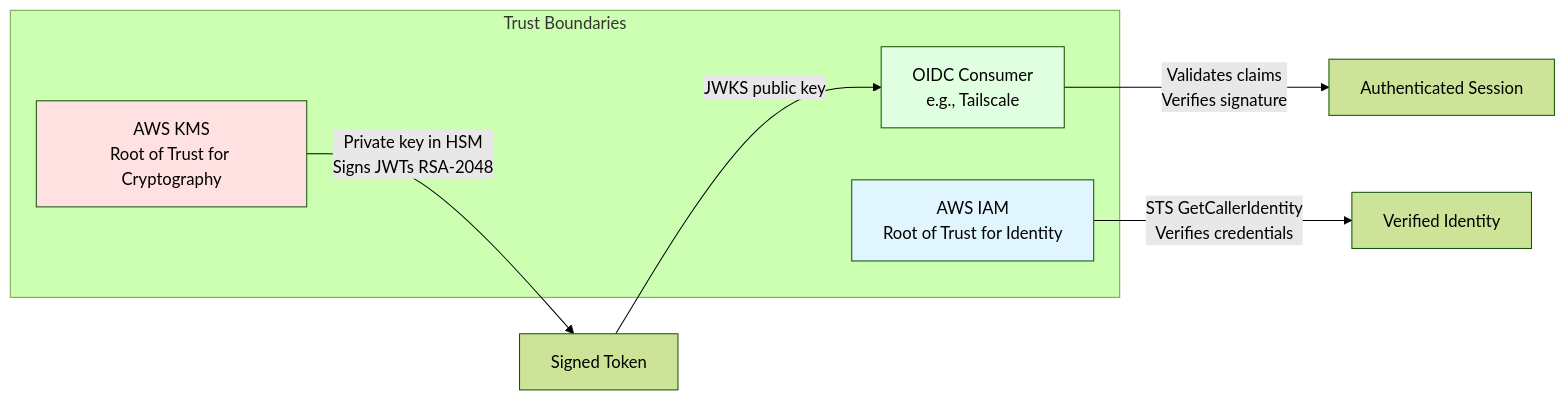
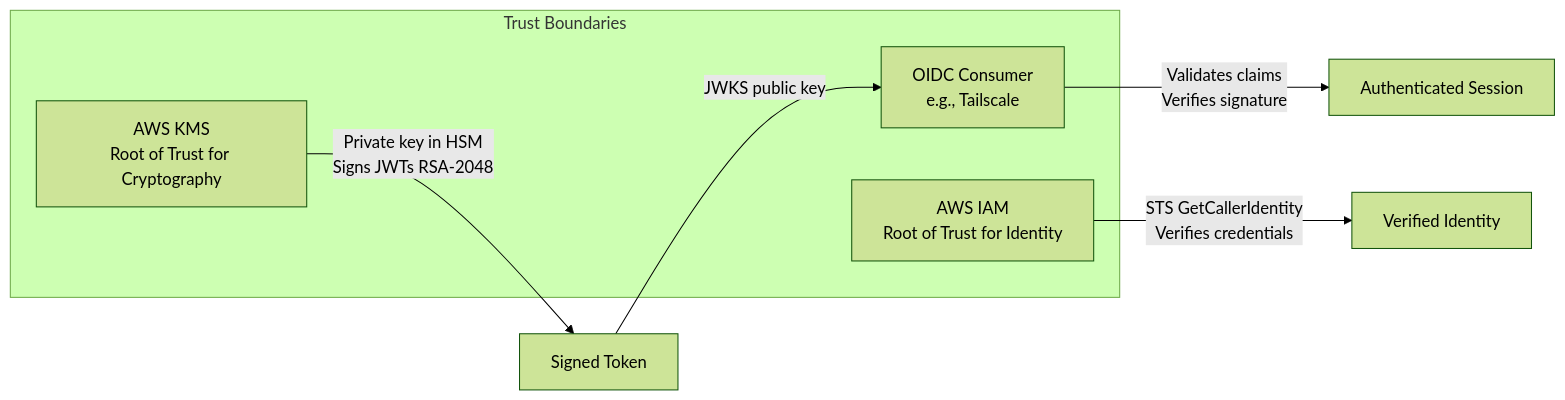
Before and after one commit to latacora/aws-oidc-workload-identity: the diagram in SECURITY.md, drawn with Mermaid (forest theme). The commit also changed 5 other files, not shown here.

First line of the commit message:
Make shell scripts shellcheck-clean and remove Mermaid styling

````diff
--- a/SECURITY.md
+++ b/SECURITY.md
@@ -9,17 +9,13 @@
 ```mermaid
 graph LR
     subgraph "Trust Boundaries"
         A[AWS IAM<br/>Root of Trust for Identity]
         B[AWS KMS<br/>Root of Trust for Cryptography]
         C[OIDC Consumer<br/>e.g., Tailscale]
     end
 
     A -->|STS GetCallerIdentity<br/>Verifies credentials| D[Verified Identity]
     B -->|Private key in HSM<br/>Signs JWTs RSA-2048| E[Signed Token]
     E -->|JWKS public key| C
     C -->|Validates claims<br/>Verifies signature| F[Authenticated Session]
-
-    style A fill:#e1f5ff
-    style B fill:#ffe1e1
-    style C fill:#e1ffe1
 ```
````
